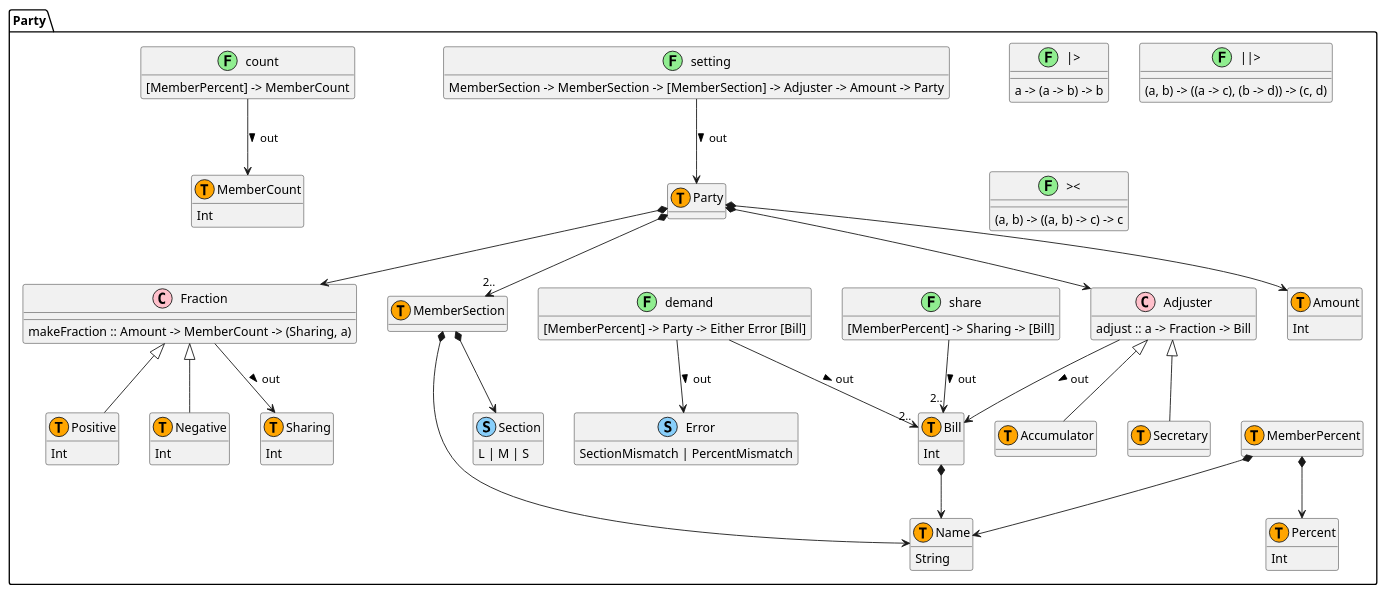
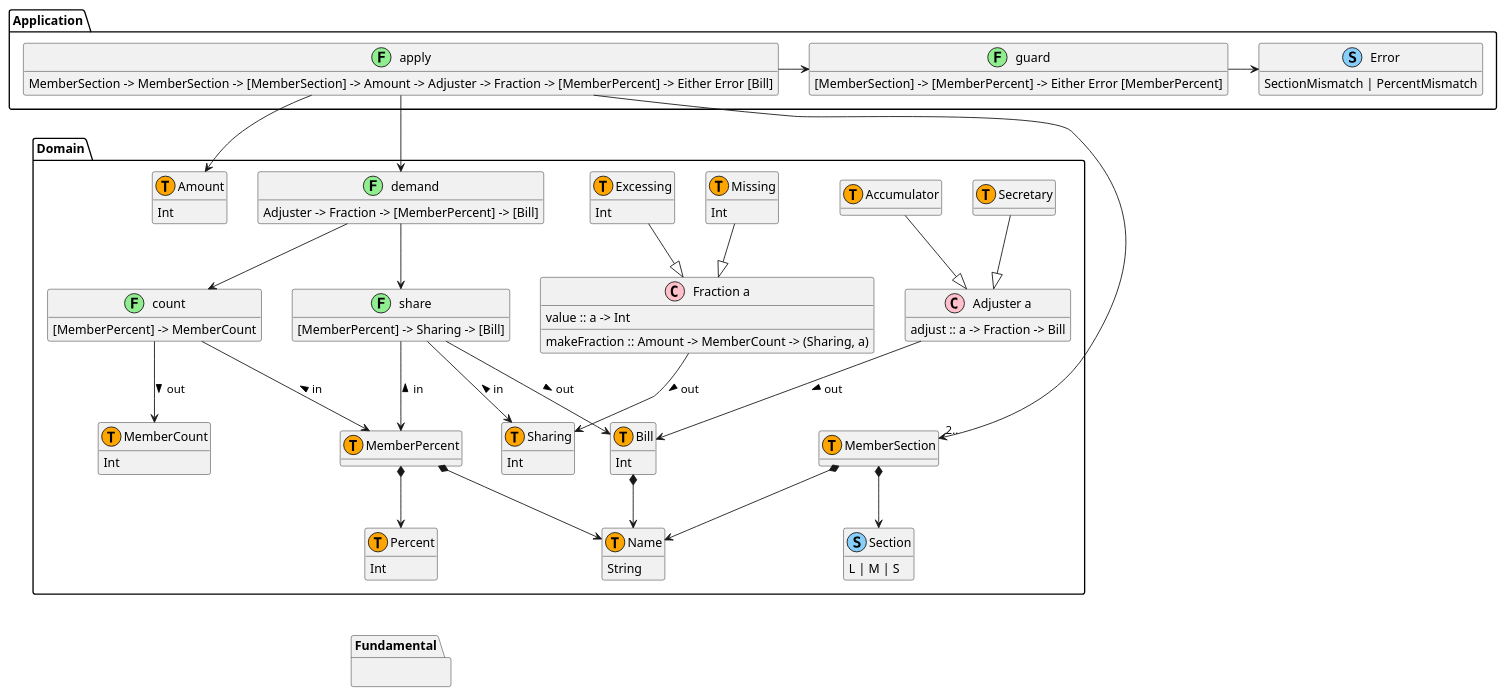
One commit to suzuki-hoge/warikan changed the diagram in 2020-02-haskell/doc/model.puml. Above: the diagram before and after it, drawn with PlantUML. The commit also changed 15 other files, not shown here.

```diff
--- a/2020-02-haskell/doc/model.puml
+++ b/2020-02-haskell/doc/model.puml
@@ -1,120 +1,120 @@
 @startuml
 
 hide empty methods
 
-package Party {
-    class Party << (T, orange) >> {
+package Application {
+    class apply << (F, lightgreen) >> {
+        MemberSection -> MemberSection -> [MemberSection] -> Amount -> Adjuster -> Fraction -> [MemberPercent] -> Either Error [Bill]
     }
+    class guard << (F, lightgreen) >> {
+        [MemberSection] -> [MemberPercent] -> Either Error [MemberPercent]
+    }
+    class Error << (S, lightskyblue) >> {
+        SectionMismatch | PercentMismatch
+    }
+    apply -r-> guard
+    guard -r-> Error
+}
+
+package Domain {
     class MemberSection << (T, orange) >> {
     }
     class Secretary << (T, orange) >> {
     }
     class Accumulator << (T, orange) >> {
     }
     class MemberCount << (T, orange) >> {
         Int
     }
 
     class Name << (T, orange) >> {
         String
     }
     MemberSection *--> Name
     MemberSection *--> Section
 
     class MemberPercent << (T, orange) >> {
     }
     class Percent << (T, orange) >> {
         Int
     }
     MemberPercent *--> Name
     MemberPercent *--> Percent
 
     class Section << (S, lightskyblue) >> {
         L | M | S
     }
 
-    class Adjuster << (C, pink) >> {
+    class "Adjuster a" as Adjuster << (C, pink) >> {
         adjust :: a -> Fraction -> Bill
     }
-    Secretary -u-|> Adjuster
-    Accumulator -u-|> Adjuster
+    Secretary -d-|> Adjuster
+    Accumulator -d-|> Adjuster
     Adjuster --> Bill : > out
 
     class Sharing << (T, orange) >> {
         Int
     }
-    class Fraction << (C, pink) >> {
+    class "Fraction a" as Fraction << (C, pink) >> {
         makeFraction :: Amount -> MemberCount -> (Sharing, a)
+        value :: a -> Int
     }
-    class Positive << (T, orange) >> {
+    class Missing << (T, orange) >> {
         Int
     }
-    class Negative << (T, orange) >> {
+    class Excessing << (T, orange) >> {
         Int
     }
-    Positive -u-|> Fraction
-    Negative -u-|> Fraction
+    Missing -d-|> Fraction
+    Excessing -d-|> Fraction
     Fraction --> Sharing : > out
 
     class Amount << (T, orange) >> {
         Int
     }
 
-    Party *--> "2.." MemberSection
-    Party *--> Adjuster
-    Party *--> Fraction
-    Party *--> Amount
-
     class Bill << (T, orange) >> {
         Int
     }
     Bill *--> Name
 
-    class setting << (F, lightgreen) >> {
-        MemberSection -> MemberSection -> [MemberSection] -> Adjuster -> Amount -> Party
+    class demand << (F, lightgreen) >> {
+        Adjuster -> Fraction -> [MemberPercent] -> [Bill]
     }
-    setting -d-> Party : > out
-
-    class demand << (F, lightgreen) >> {
-        [MemberPercent] -> Party -> Either Error [Bill]
-    }
-    class Error << (S, lightskyblue) >> {
-        SectionMismatch | PercentMismatch
-    }
-    demand --> "2.." Bill : > out
-    demand --> Error : > out
 
     class count << (F, lightgreen) >> {
         [MemberPercent] -> MemberCount
     }
+    count --> MemberPercent : < in
     count --> MemberCount : > out
 
     class share << (F, lightgreen) >> {
         [MemberPercent] -> Sharing -> [Bill]
     }
-    share --> "2.." Bill : > out
+    share --> Sharing : < in
+    share --> MemberPercent : < in
+    share --> Bill : > out
 
-    class "|>" << (F, lightgreen) >> {
-        a -> (a -> b) -> b
-    }
-    class "||>" << (F, lightgreen) >> {
-        (a, b) -> ((a -> c), (b -> d)) -> (c, d)
-    }
-    class "><" << (F, lightgreen) >> {
-        (a, b) -> ((a, b) -> c) -> c
-    }
+    demand -d-> count
+    demand -d-> share
 }
 
-'MemberSection -> MemberSection -> [MemberSection] -> Adjuster -> Amount -> `setting` -> Party
-'                                                                     [MemberPercent] -> Party -> `demand` -> Either Error [Bill]
-'
+package Fundamental {
+}
+
+apply -d-> demand
+apply --> Amount
+apply --> "2.." MemberSection
+
+Percent -[hidden]d-> Fundamental
+
 '[MemberPercent] -> `count` -> MemberCount
-'                    Amount -> MemberCount -> `makeFraction` -> (Sharing, Positive)
-'                                                  Secretary -> (_,       Positive) -> `adjust` -> Bill ("Secretary", 30)
-'                                            [MemberPercent] -> (Sharing, _       ) -> `share`  -> [Bill]
-'                                                                                                  ↓
+'                    Amount -> MemberCount -> `makeFraction` -> (Sharing, Missing)
+'                                            [MemberPercent] -> (Sharing, _      ) -> `share`  -> [Bill]
+'                                                  Secretary -> (_,       Missing) -> `adjust` ->  Bill
+'                                                                                                   ↓
 '                                                                                                 `fold`
-'                                                                                                  ↓
-'                                                                                                  [Bill]
+'                                                                                                   ↓
+'                                                                                                 [Bill]
 
 @enduml
```
